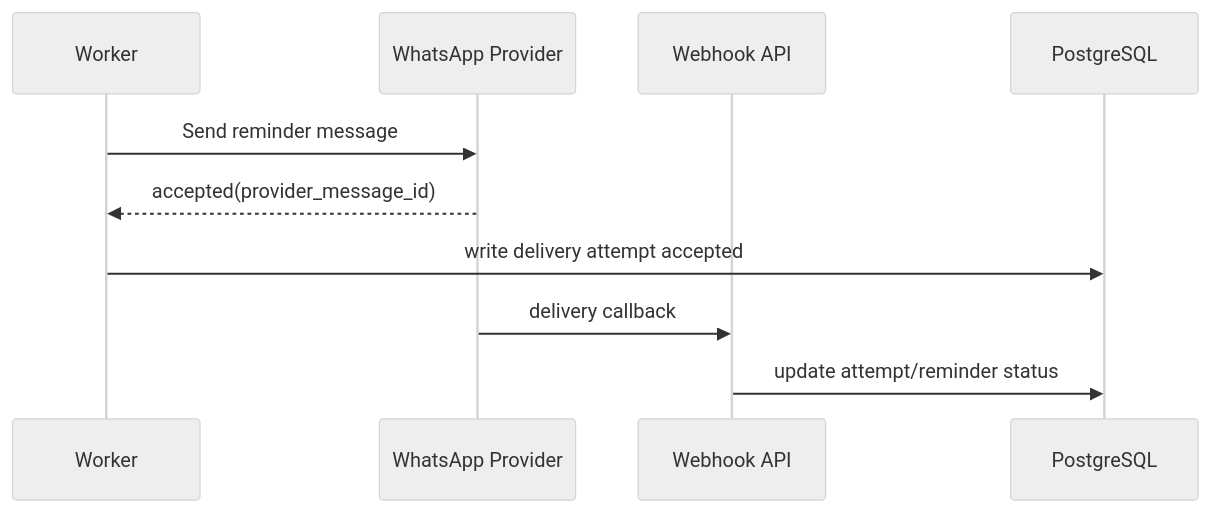
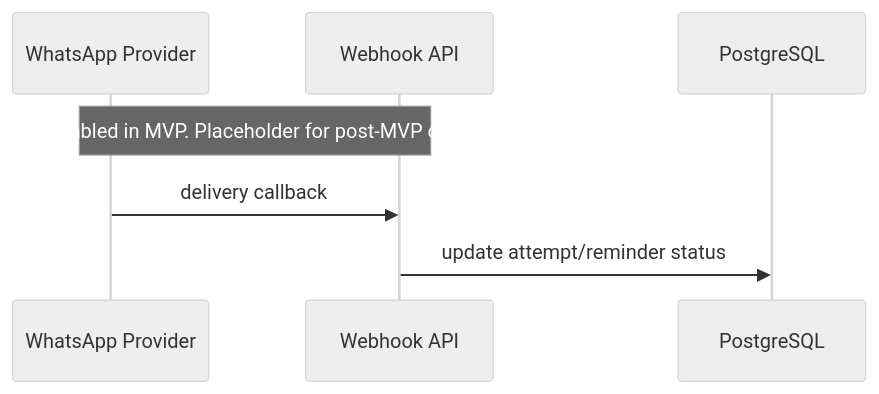
One commit to Amal-Makwana/PersonalAssistant changed the seventh of 7 diagrams in docs/01-tech-spec/diagrams/sequence-diagram-placeholders.md. Above: the diagram before and after it, drawn with Mermaid (neutral theme). The commit also changed other lines of this file and 12 other files, not shown here.

````diff
--- a/docs/01-tech-spec/diagrams/sequence-diagram-placeholders.md
+++ b/docs/01-tech-spec/diagrams/sequence-diagram-placeholders.md
@@ -73,13 +109,10 @@
 ```mermaid
 sequenceDiagram
-  participant WK as Worker
   participant WA as WhatsApp Provider
   participant API as Webhook API
   participant DB as PostgreSQL
 
-  WK->>WA: Send reminder message
-  WA-->>WK: accepted(provider_message_id)
-  WK->>DB: write delivery attempt accepted
+  Note over WA,API: Disabled in MVP. Placeholder for post-MVP only.
   WA->>API: delivery callback
   API->>DB: update attempt/reminder status
 ```
````
